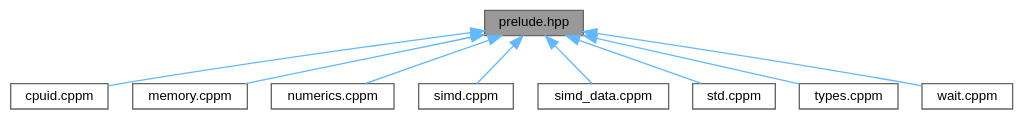
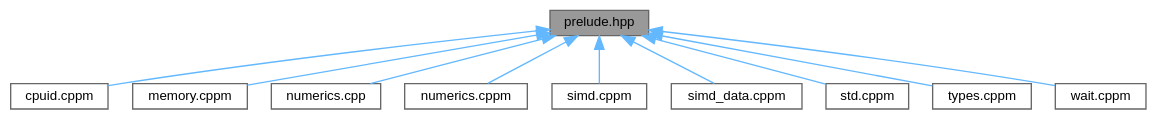
One commit to ekmett/ein changed the diagram in prelude_8hpp__dep__incl.dot. Above: the diagram before and after it, drawn with Graphviz. The commit also changed 274 other files, not shown here.

```diff
--- a/prelude_8hpp__dep__incl.dot
+++ b/prelude_8hpp__dep__incl.dot
@@ -1,25 +1,27 @@
 digraph "prelude.hpp"
 {
  // INTERACTIVE_SVG=YES
  // LATEX_PDF_SIZE
   bgcolor="transparent";
   edge [fontname=Helvetica,fontsize=10,labelfontname=Helvetica,labelfontsize=10];
   node [fontname=Helvetica,fontsize=10,shape=box,height=0.2,width=0.4];
   Node1 [id="Node000001",label="prelude.hpp",height=0.2,width=0.4,color="gray40", fillcolor="grey60", style="filled", fontcolor="black",tooltip="All c++ headers."];
   Node1 -> Node2 [id="edge1_Node000001_Node000002",dir="back",color="steelblue1",style="solid",tooltip=" "];
   Node2 [id="Node000002",label="cpuid.cppm",height=0.2,width=0.4,color="grey40", fillcolor="white", style="filled",URL="$cpuid_8cppm.html",tooltip=" "];
   Node1 -> Node3 [id="edge2_Node000001_Node000003",dir="back",color="steelblue1",style="solid",tooltip=" "];
   Node3 [id="Node000003",label="memory.cppm",height=0.2,width=0.4,color="grey40", fillcolor="white", style="filled",URL="$memory_8cppm.html",tooltip=" "];
   Node1 -> Node4 [id="edge3_Node000001_Node000004",dir="back",color="steelblue1",style="solid",tooltip=" "];
-  Node4 [id="Node000004",label="numerics.cppm",height=0.2,width=0.4,color="grey40", fillcolor="white", style="filled",URL="$numerics_8cppm.html",tooltip=" "];
+  Node4 [id="Node000004",label="numerics.cpp",height=0.2,width=0.4,color="grey40", fillcolor="white", style="filled",URL="$numerics_8cpp.html",tooltip="numerics external template instantiations"];
   Node1 -> Node5 [id="edge4_Node000001_Node000005",dir="back",color="steelblue1",style="solid",tooltip=" "];
-  Node5 [id="Node000005",label="simd.cppm",height=0.2,width=0.4,color="grey40", fillcolor="white", style="filled",URL="$simd_8cppm.html",tooltip=" "];
+  Node5 [id="Node000005",label="numerics.cppm",height=0.2,width=0.4,color="grey40", fillcolor="white", style="filled",URL="$numerics_8cppm.html",tooltip=" "];
   Node1 -> Node6 [id="edge5_Node000001_Node000006",dir="back",color="steelblue1",style="solid",tooltip=" "];
-  Node6 [id="Node000006",label="simd_data.cppm",height=0.2,width=0.4,color="grey40", fillcolor="white", style="filled",URL="$simd__data_8cppm.html",tooltip=" "];
+  Node6 [id="Node000006",label="simd.cppm",height=0.2,width=0.4,color="grey40", fillcolor="white", style="filled",URL="$simd_8cppm.html",tooltip=" "];
   Node1 -> Node7 [id="edge6_Node000001_Node000007",dir="back",color="steelblue1",style="solid",tooltip=" "];
-  Node7 [id="Node000007",label="std.cppm",height=0.2,width=0.4,color="grey40", fillcolor="white", style="filled",URL="$std_8cppm.html",tooltip="polyfill missing standard library functions"];
+  Node7 [id="Node000007",label="simd_data.cppm",height=0.2,width=0.4,color="grey40", fillcolor="white", style="filled",URL="$simd__data_8cppm.html",tooltip=" "];
   Node1 -> Node8 [id="edge7_Node000001_Node000008",dir="back",color="steelblue1",style="solid",tooltip=" "];
-  Node8 [id="Node000008",label="types.cppm",height=0.2,width=0.4,color="grey40", fillcolor="white", style="filled",URL="$types_8cppm.html",tooltip=" "];
+  Node8 [id="Node000008",label="std.cppm",height=0.2,width=0.4,color="grey40", fillcolor="white", style="filled",URL="$std_8cppm.html",tooltip="polyfill missing standard library functions"];
   Node1 -> Node9 [id="edge8_Node000001_Node000009",dir="back",color="steelblue1",style="solid",tooltip=" "];
-  Node9 [id="Node000009",label="wait.cppm",height=0.2,width=0.4,color="grey40", fillcolor="white", style="filled",URL="$wait_8cppm.html",tooltip="waiting strategies"];
+  Node9 [id="Node000009",label="types.cppm",height=0.2,width=0.4,color="grey40", fillcolor="white", style="filled",URL="$types_8cppm.html",tooltip=" "];
+  Node1 -> Node10 [id="edge9_Node000001_Node000010",dir="back",color="steelblue1",style="solid",tooltip=" "];
+  Node10 [id="Node000010",label="wait.cppm",height=0.2,width=0.4,color="grey40", fillcolor="white", style="filled",URL="$wait_8cppm.html",tooltip="waiting strategies"];
 }
```
